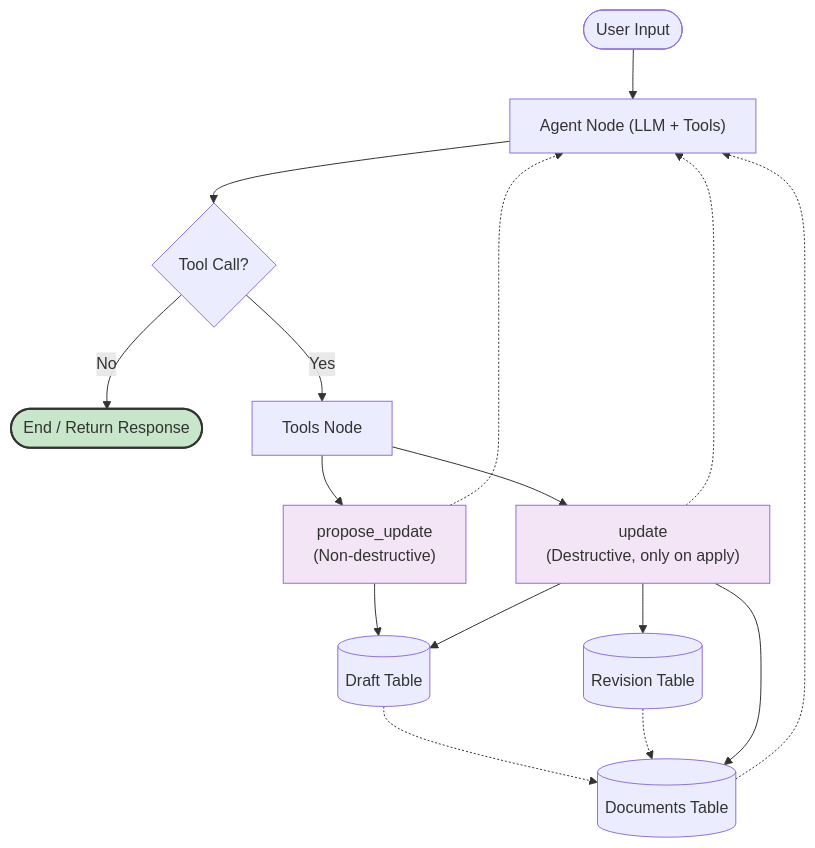
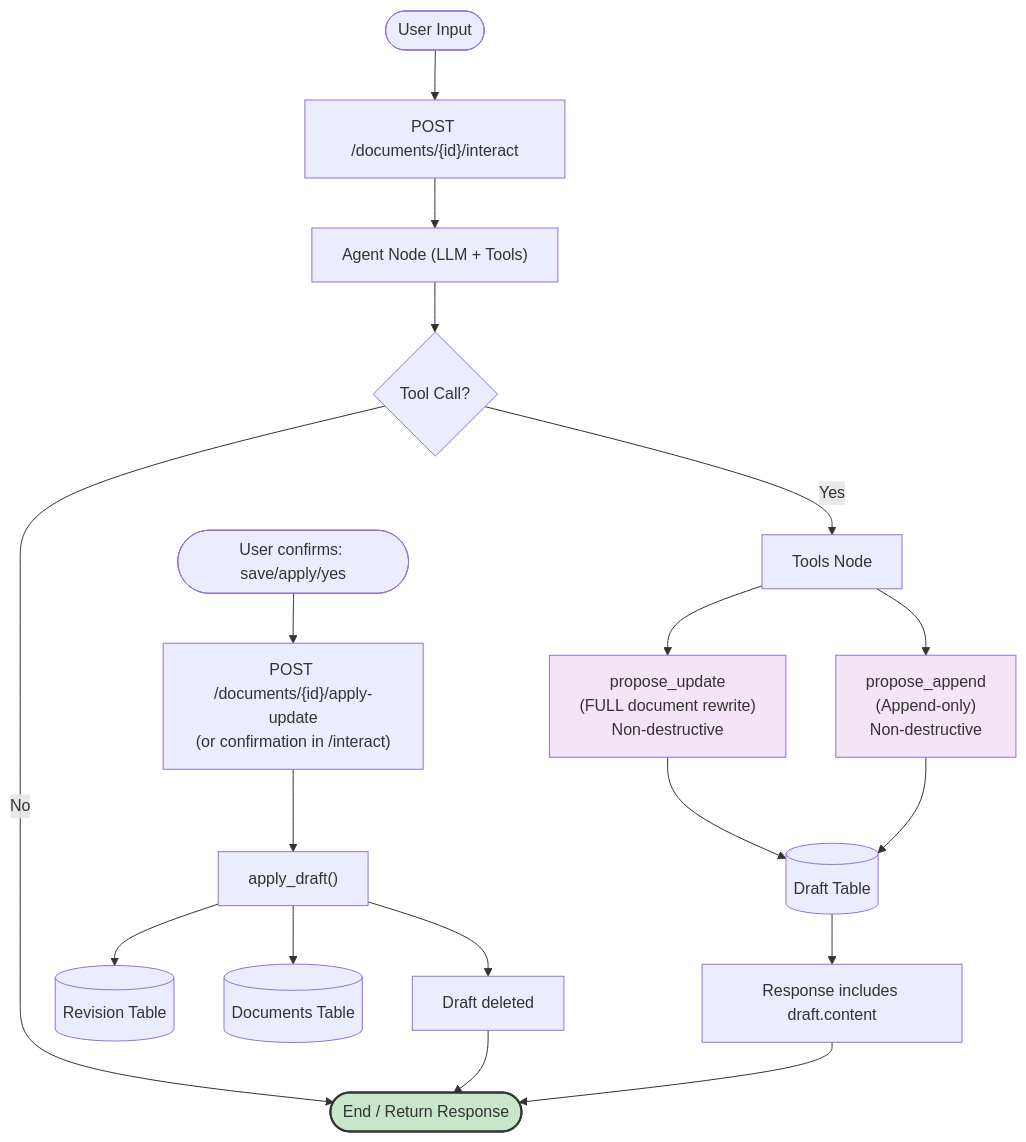
The second of 2 diagrams in README.md (anuj-aj/drafter), drawn with Mermaid before and after one commit. The commit also changed other lines of this file, not shown here.

Commit message:
update Readme file

````diff
--- a/README.md
+++ b/README.md
@@ -37,23 +39,28 @@
 ```mermaid
 flowchart TB
-    UserInput([User Input]) --> AgentNode["Agent Node (LLM + Tools)"]
-    AgentNode --> ShouldContinue{Tool Call?}
-    ShouldContinue -- No --> End([End / Return Response])
-    ShouldContinue -- Yes --> ToolsNode["Tools Node"]
-    ToolsNode --> ProposeUpdate["propose_update\n(Non-destructive)"]
-    ToolsNode --> UpdateTool["update\n(Destructive, only on apply)"]
-    ProposeUpdate --> DraftDB[(Draft Table)]
-    UpdateTool --> RevisionDB[(Revision Table)]
-    UpdateTool --> DraftDB
-    ProposeUpdate -.-> AgentNode
-    UpdateTool -.-> AgentNode
-    DraftDB -.-> DocumentsDB[(Documents Table)]
-    RevisionDB -.-> DocumentsDB
-    UpdateTool --> DocumentsDB
-    DocumentsDB -.-> AgentNode
-    End:::endstyle
+   UserInput([User Input]) --> Interact["POST /documents/{id}/interact"]
+   Interact --> AgentNode["Agent Node (LLM + Tools)"]
+   AgentNode --> ShouldContinue{Tool Call?}
+   ShouldContinue -- No --> End([End / Return Response])
+   ShouldContinue -- Yes --> ToolsNode["Tools Node"]
 
-    classDef tool fill:#f3e5f5;
-    class ProposeUpdate,UpdateTool tool;
-    classDef endstyle fill:#c8e6c9,stroke:#333,stroke-width:2;
+   ToolsNode --> ProposeUpdate["propose_update\n(FULL document rewrite)\nNon-destructive"]
+   ToolsNode --> ProposeAppend["propose_append\n(Append-only)\nNon-destructive"]
+
+   ProposeUpdate --> DraftDB[(Draft Table)]
+   ProposeAppend --> DraftDB
+
+   DraftDB --> InteractResp["Response includes draft.content"]
+   InteractResp --> End
+
+   ConfirmInput(["User confirms: save/apply/yes"]) --> Apply["POST /documents/{id}/apply-update\n(or confirmation in /interact)"]
+   Apply --> ApplyDraft["apply_draft()"]
+   ApplyDraft --> RevisionDB[(Revision Table)]
+   ApplyDraft --> DocumentsDB[(Documents Table)]
+   ApplyDraft --> DraftDeleted["Draft deleted"]
+   DraftDeleted --> End:::endstyle
+
+   classDef tool fill:#f3e5f5;
+   class ProposeUpdate,ProposeAppend tool;
+   classDef endstyle fill:#c8e6c9,stroke:#333,stroke-width:2;
 ```
````
